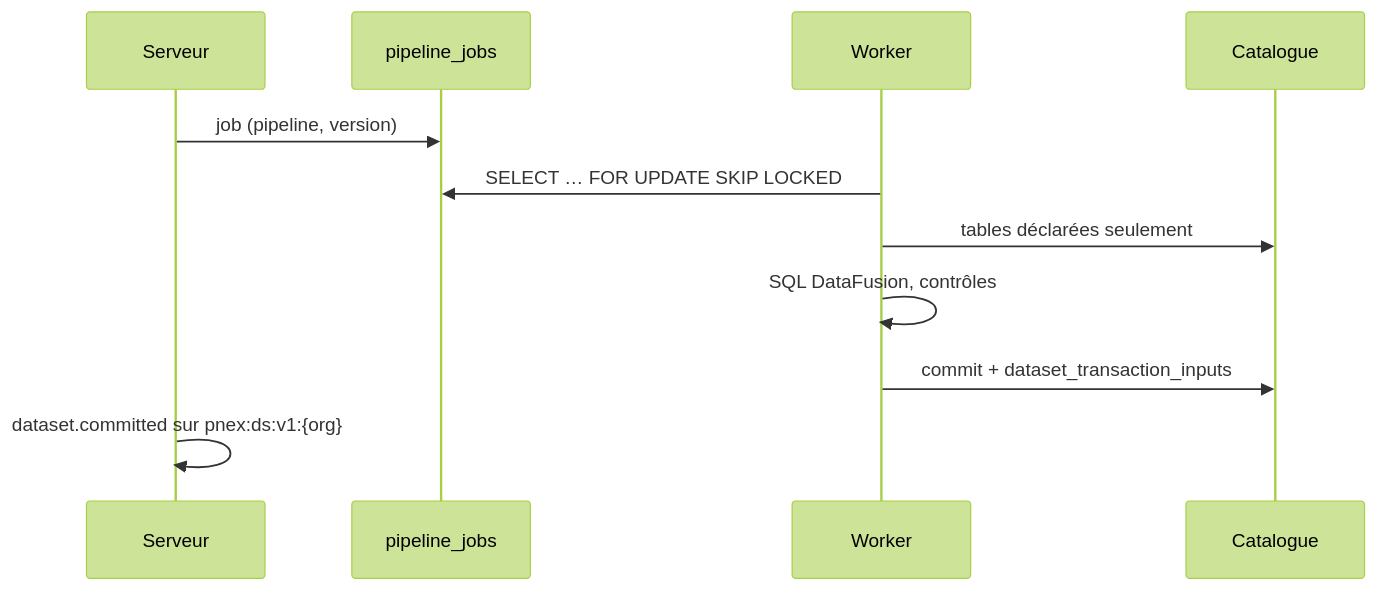
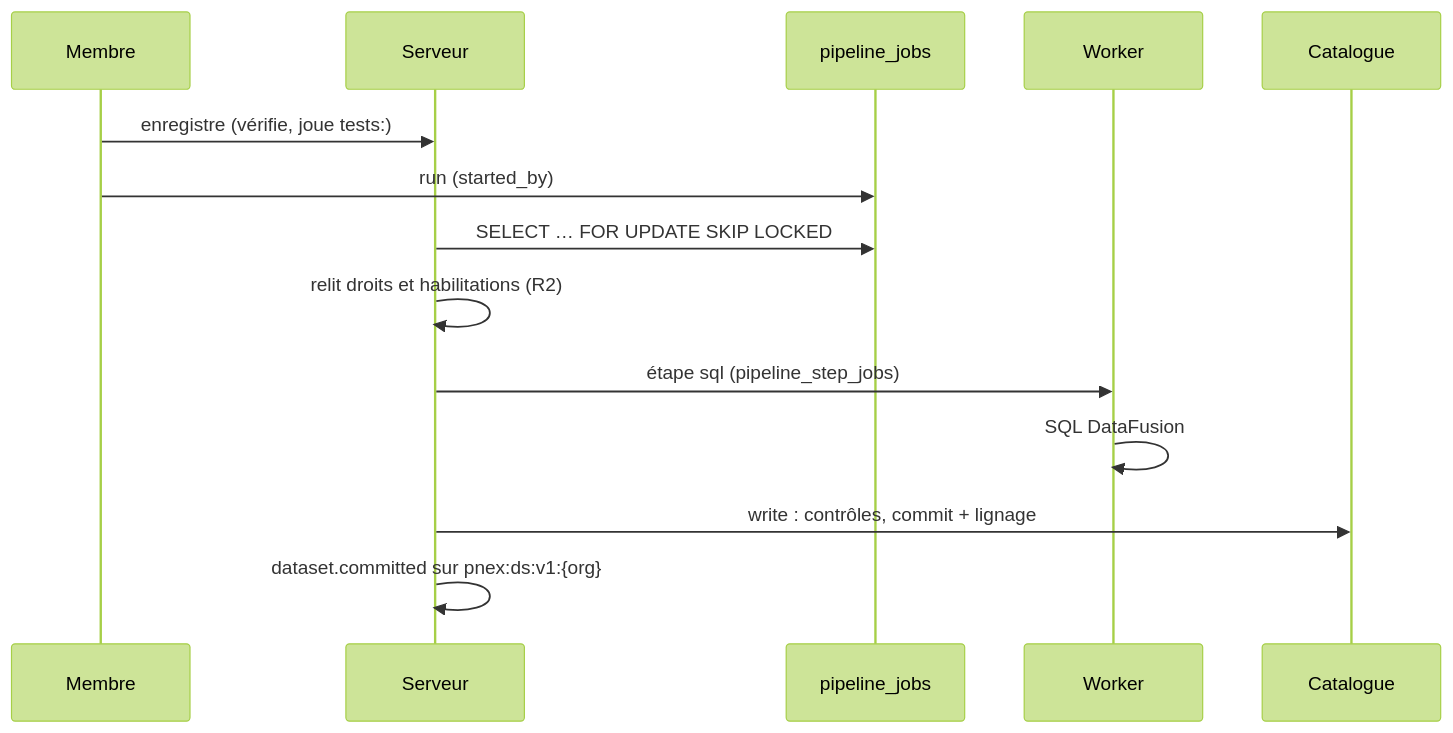
Diagram 11 of 19 in docs/architecture/pipelines.md (Pnex/pnex-rs), drawn with Mermaid (forest theme) before and after one commit. The commit also changed other lines of this file and 35 other files, not shown here.

````diff
--- a/docs/architecture/pipelines.md
+++ b/docs/architecture/pipelines.md
@@ -258,13 +257,16 @@
 ```mermaid
 sequenceDiagram
+  participant U as Membre
   participant S as Serveur
   participant Q as pipeline_jobs
   participant W as Worker
   participant C as Catalogue
-  S->>Q: job (pipeline, version)
-  W->>Q: SELECT … FOR UPDATE SKIP LOCKED
-  W->>C: tables déclarées seulement
-  W->>W: SQL DataFusion, contrôles
-  W->>C: commit + dataset_transaction_inputs
+  U->>S: enregistre (vérifie, joue tests:)
+  U->>Q: run (started_by)
+  S->>Q: SELECT … FOR UPDATE SKIP LOCKED
+  S->>S: relit droits et habilitations (R2)
+  S->>W: étape sql (pipeline_step_jobs)
+  W->>W: SQL DataFusion
+  S->>C: write : contrôles, commit + lignage
   S->>S: dataset.committed sur pnex:ds:v1:{org}
 ```
````
